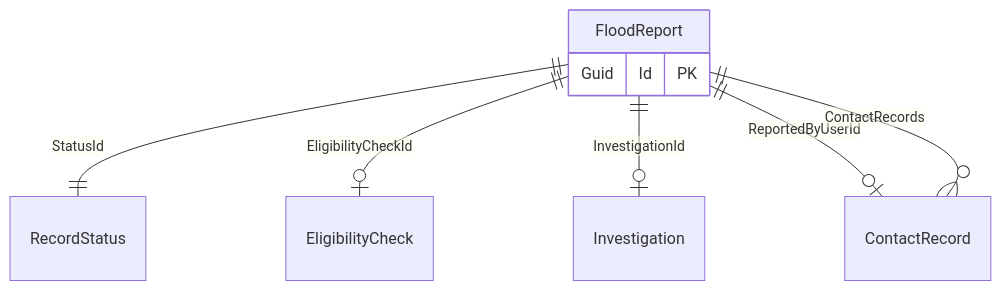
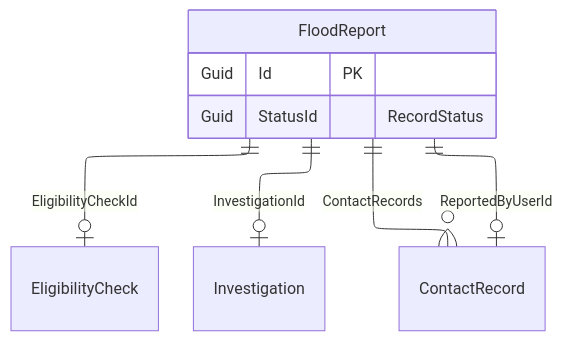
One commit to Dorset-Council-UK/FloodOnlineReportingTool.Public changed the diagram in designs/FloodReport.md. Above: the diagram before and after it, drawn with Mermaid. The commit also changed other lines of this file and 1 other file, not shown here.

Commit message:
Removed RecordStatus from relation diagrams, explaning the values the fields could be

````diff
--- a/designs/FloodReport.md
+++ b/designs/FloodReport.md
@@ -10,11 +20,15 @@
 ```mermaid
+---
+config:
+  layout: elk
+---
 erDiagram
   FloodReport {
     Guid Id PK
+    Guid StatusId "RecordStatus"
   }
-  FloodReport ||--|| RecordStatus : StatusId
   FloodReport ||--o| EligibilityCheck : EligibilityCheckId
   FloodReport ||--o| Investigation : InvestigationId
   FloodReport ||--o| ContactRecord : ReportedByUserId
   FloodReport ||--o{ ContactRecord : ContactRecords
 ```
````
